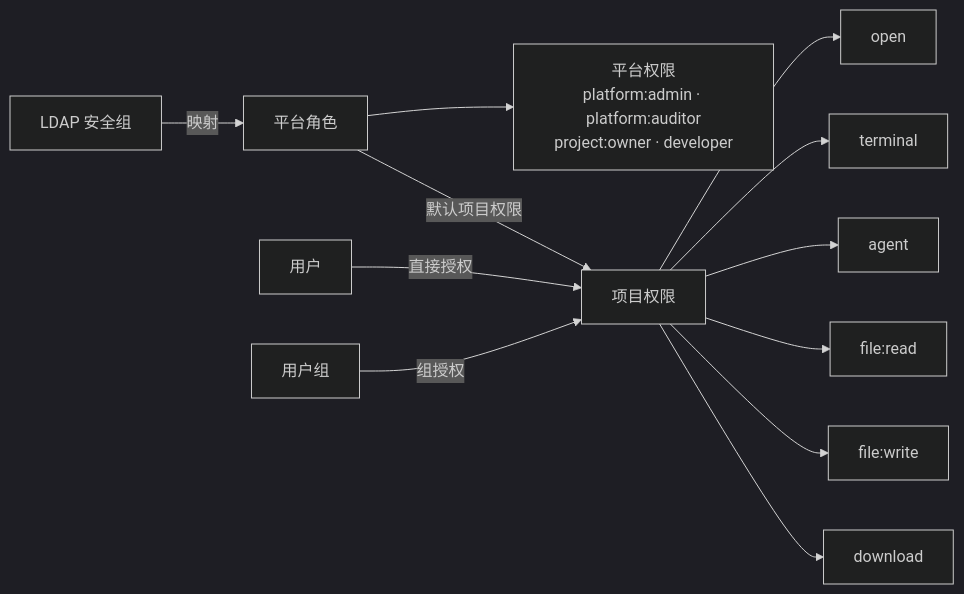
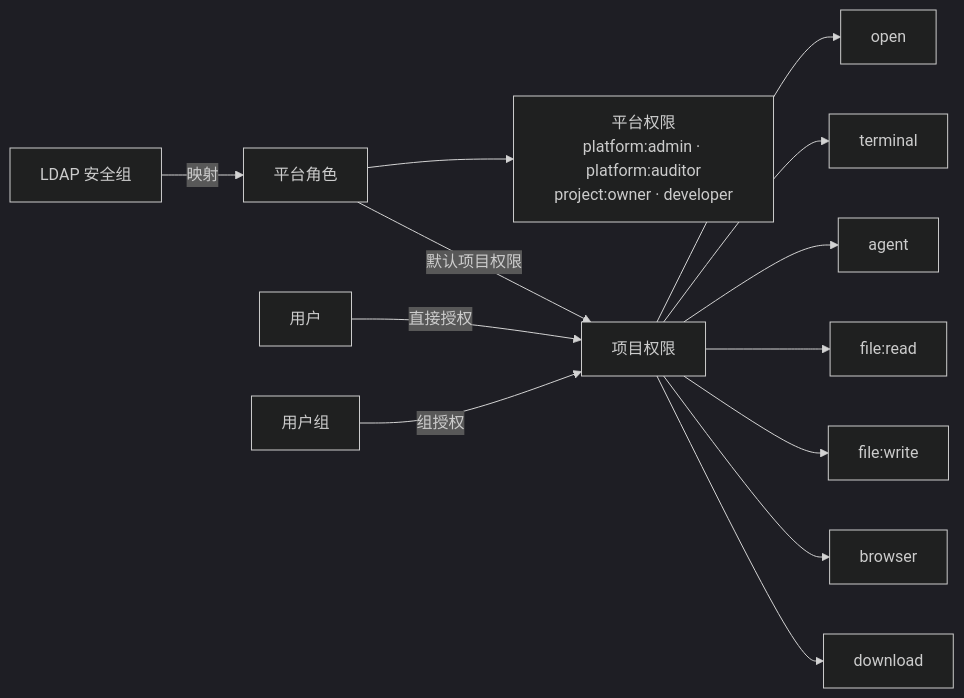
One commit to kylixs/orca changed the seventh of 10 diagrams in remote-connectivity/design/2026-11-13-cloud-dev-platform/design.md. Above: the diagram before and after it, drawn with Mermaid (dark theme). The commit also changed other lines of this file and 16 other files, not shown here.

````diff
--- a/remote-connectivity/design/2026-11-13-cloud-dev-platform/design.md
+++ b/remote-connectivity/design/2026-11-13-cloud-dev-platform/design.md
@@ -616,14 +617,15 @@
 ```mermaid
 flowchart LR
   L["LDAP 安全组"] -->|"映射"| R["平台角色"]
   R --> RP["平台权限<br/>platform:admin · platform:auditor<br/>project:owner · developer"]
   R -->|"默认项目权限"| P["项目权限"]
   U["用户"] -->|"直接授权"| P
   G["用户组"] -->|"组授权"| P
   P --> PA["open"]
   P --> PB["terminal"]
   P --> PC["agent"]
   P --> PD["file:read"]
   P --> PE["file:write"]
+  P --> PG["browser"]
   P --> PF["download"]
 ```
````
